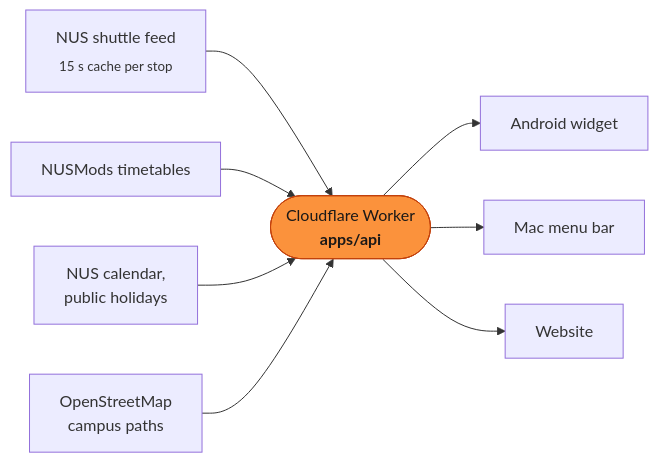
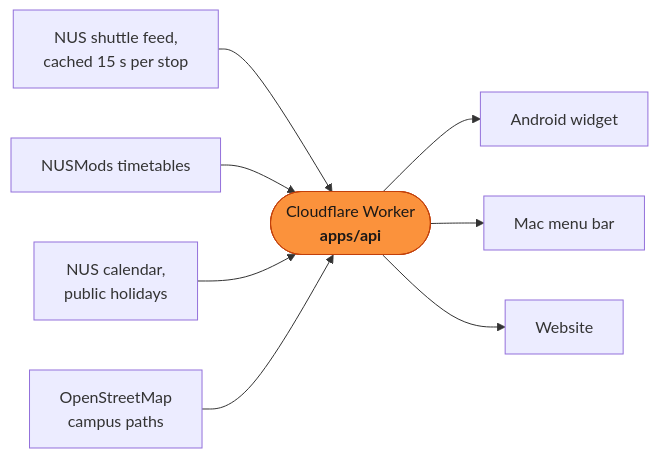
Before and after one commit to rcnsh/terminus: the diagram in README.md, drawn with Mermaid.

Commit message:
docs(readme): plain text in the diagram's feed box, which GitHub clipped

````diff
--- a/README.md
+++ b/README.md
@@ -93,12 +93,12 @@
 ```mermaid
 flowchart LR
-  feed["NUS shuttle feed<br/><sub>15 s cache per stop</sub>"] --> worker
+  feed["NUS shuttle feed,<br/>cached 15 s per stop"] --> worker
   mods["NUSMods timetables"] --> worker
   cal["NUS calendar,<br/>public holidays"] --> worker
   osm["OpenStreetMap<br/>campus paths"] --> worker
   worker(["Cloudflare Worker<br/><b>apps/api</b>"])
   worker --> android["Android widget"]
   worker --> mac["Mac menu bar"]
   worker --> web["Website"]
   style worker fill:#fb923c,stroke:#c2410c,color:#1c1917
 ```
````
